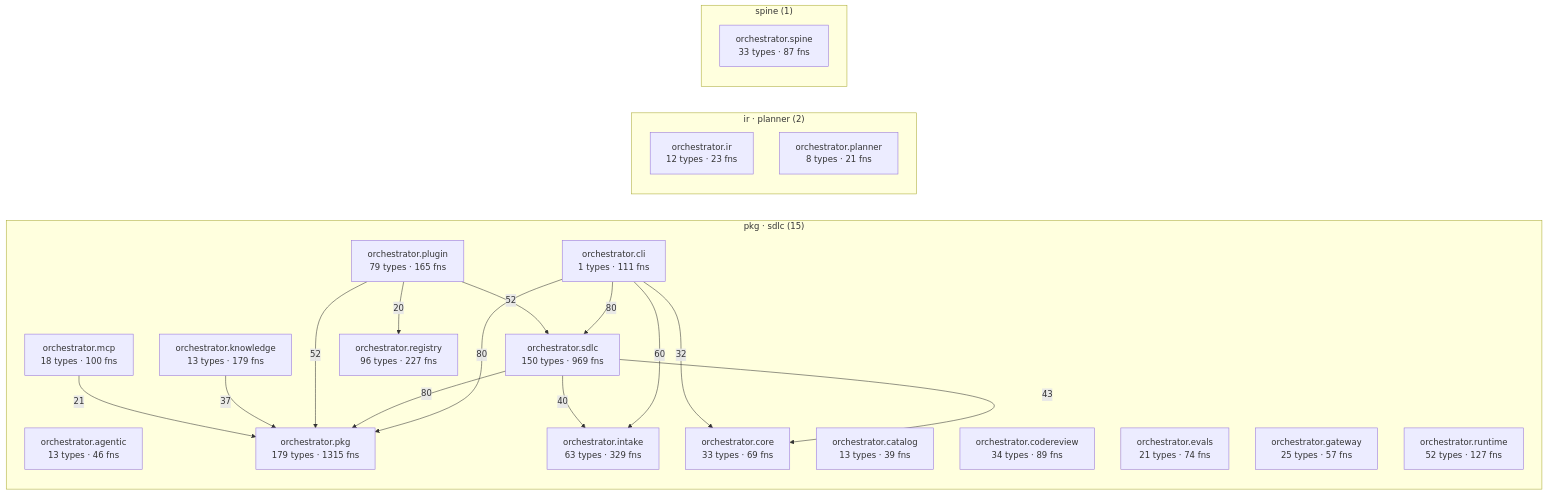
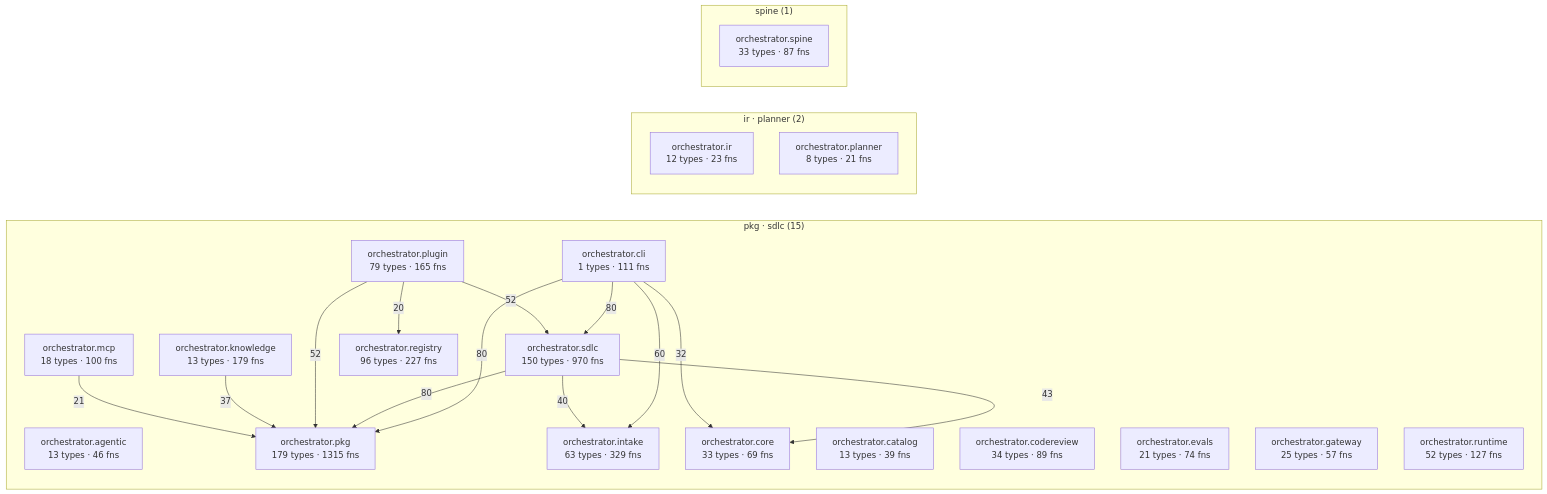
One commit to synaptixs/spine changed the diagram in episteme/architecture.md. Above: the diagram before and after it, drawn with Mermaid. The commit also changed other lines of this file and 8 other files, not shown here.

````diff
--- a/episteme/architecture.md
+++ b/episteme/architecture.md
@@ -56,39 +56,39 @@
 ```mermaid
 flowchart LR
   subgraph c_2["pkg · sdlc (15)"]
     aorchestratoragentic["orchestrator.agentic<br/>13 types · 46 fns"]
     aorchestratorcatalog["orchestrator.catalog<br/>13 types · 39 fns"]
     aorchestratorcli["orchestrator.cli<br/>1 types · 111 fns"]
     aorchestratorcodereview["orchestrator.codereview<br/>34 types · 89 fns"]
     aorchestratorcore["orchestrator.core<br/>33 types · 69 fns"]
     aorchestratorevals["orchestrator.evals<br/>21 types · 74 fns"]
     aorchestratorgateway["orchestrator.gateway<br/>25 types · 57 fns"]
     aorchestratorintake["orchestrator.intake<br/>63 types · 329 fns"]
     aorchestratorknowledge["orchestrator.knowledge<br/>13 types · 179 fns"]
     aorchestratormcp["orchestrator.mcp<br/>18 types · 100 fns"]
     aorchestratorpkg["orchestrator.pkg<br/>179 types · 1315 fns"]
     aorchestratorplugin["orchestrator.plugin<br/>79 types · 165 fns"]
     aorchestratorregistry["orchestrator.registry<br/>96 types · 227 fns"]
     aorchestratorruntime["orchestrator.runtime<br/>52 types · 127 fns"]
-    aorchestratorsdlc["orchestrator.sdlc<br/>150 types · 969 fns"]
+    aorchestratorsdlc["orchestrator.sdlc<br/>150 types · 970 fns"]
   end
   subgraph c_5["ir · planner (2)"]
     aorchestratorir["orchestrator.ir<br/>12 types · 23 fns"]
     aorchestratorplanner["orchestrator.planner<br/>8 types · 21 fns"]
   end
   subgraph c_10["spine (1)"]
     aorchestratorspine["orchestrator.spine<br/>33 types · 87 fns"]
   end
   aorchestratorcli -->|80| aorchestratorpkg
   aorchestratorcli -->|80| aorchestratorsdlc
   aorchestratorsdlc -->|80| aorchestratorpkg
   aorchestratorcli -->|60| aorchestratorintake
   aorchestratorplugin -->|52| aorchestratorpkg
   aorchestratorplugin -->|52| aorchestratorsdlc
   aorchestratorsdlc -->|43| aorchestratorcore
   aorchestratorsdlc -->|40| aorchestratorintake
   aorchestratorknowledge -->|37| aorchestratorpkg
   aorchestratorcli -->|32| aorchestratorcore
   aorchestratormcp -->|21| aorchestratorpkg
   aorchestratorplugin -->|20| aorchestratorregistry
 ```
````
